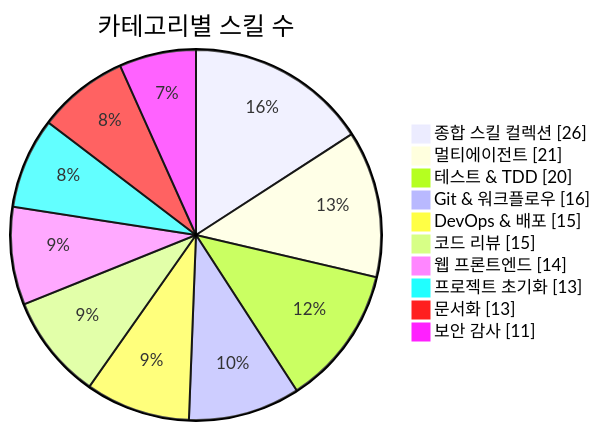
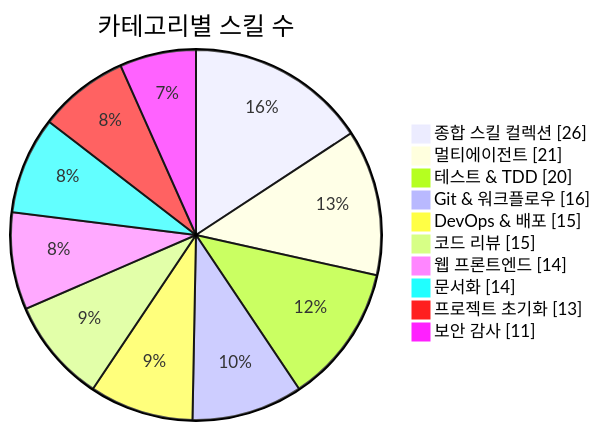
The first of 3 diagrams in README.md (J-nowcow/awesome-korean-agent-skills), drawn with Mermaid before and after one commit. The commit also changed other lines of this file and 4 other files, not shown here.

````diff
--- a/README.md
+++ b/README.md
@@ -176,14 +176,14 @@
 ```mermaid
 pie showData
     title 카테고리별 스킬 수
     "종합 스킬 컬렉션" : 26
     "멀티에이전트" : 21
     "테스트 & TDD" : 20
     "Git & 워크플로우" : 16
     "DevOps & 배포" : 15
     "코드 리뷰" : 15
     "웹 프론트엔드" : 14
+    "문서화" : 14
     "프로젝트 초기화" : 13
-    "문서화" : 13
     "보안 감사" : 11
 ```
````
